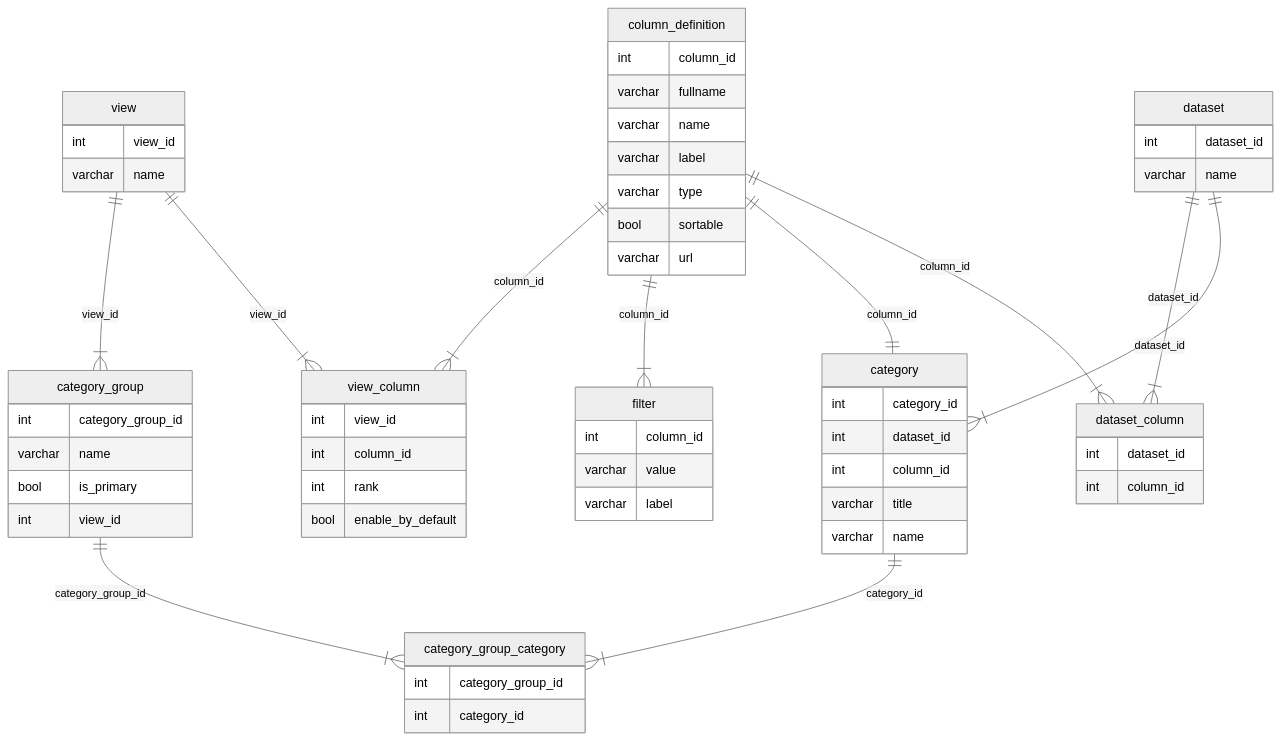
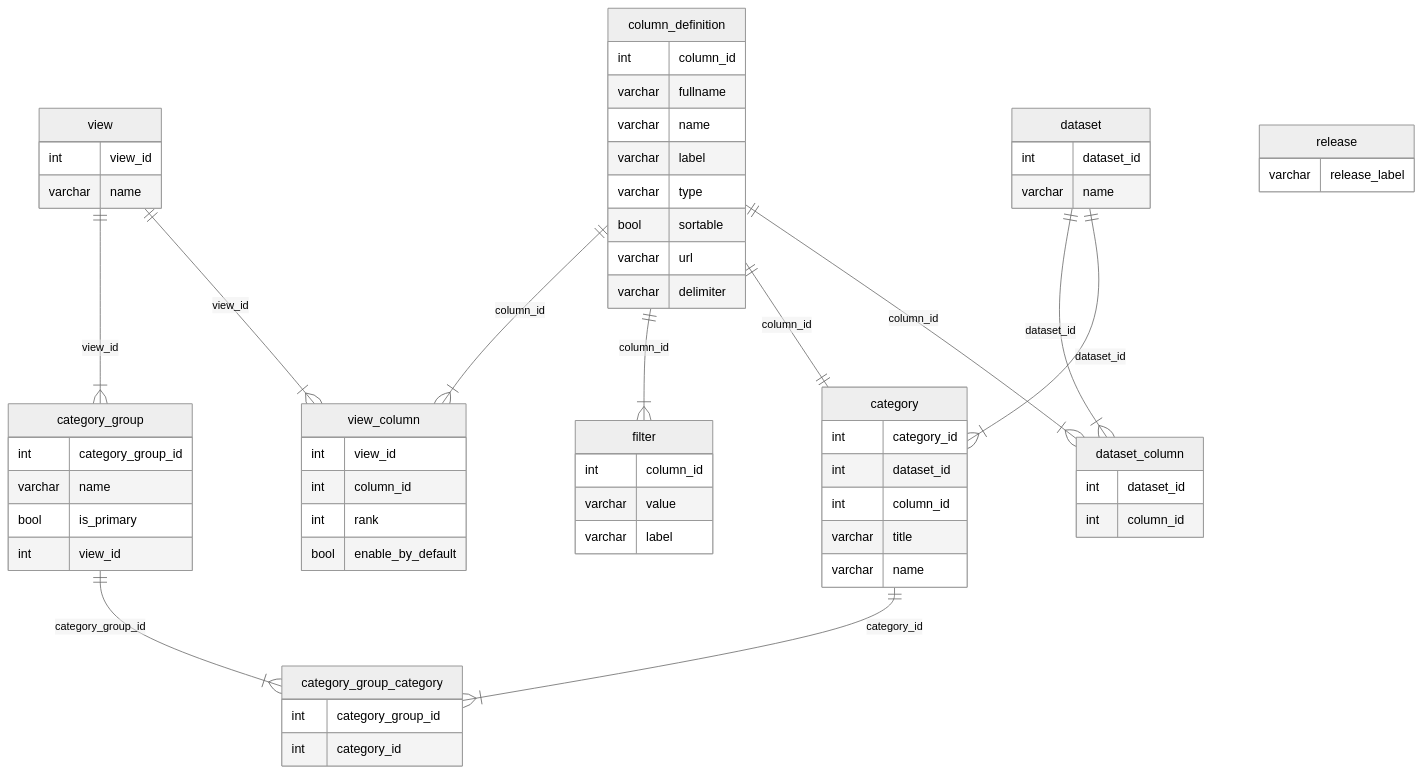
One commit to Ensembl/amr-portal changed the diagram in scripts/etl/README.md. Above: the diagram before and after it, drawn with Mermaid (neutral theme). The commit also changed 14 other files, not shown here.

````diff
--- a/scripts/etl/README.md
+++ b/scripts/etl/README.md
@@ -66,76 +66,81 @@
 ```mermaid
 erDiagram
     view {
         int view_id
         varchar name
     }
 
     view_column {
         int view_id
         int column_id
         int rank
         bool enable_by_default
     }
 
     filter {
         int column_id
         varchar value
         varchar label
     }
     
     category {
         int category_id
         int dataset_id
         int column_id
         varchar title
         varchar name
     }
 
     category_group_category {
         int category_group_id
         int category_id
     }
 
     category_group {
         int category_group_id
         varchar name
         bool is_primary
         int view_id
     }
 
     dataset {
         int dataset_id
         varchar name
     }
 
 
     column_definition {
         int column_id
         varchar fullname
         varchar name
         varchar label
         varchar type
         bool sortable
         varchar url
+        varchar delimiter
     }
 
     dataset_column {
         int dataset_id
         int column_id
+    }
+    
+    release {
+        varchar release_label
     }
 
     view ||--|{ category_group: view_id 
     view ||--|{ view_column: view_id
 
     column_definition ||--|{ view_column: column_id
     column_definition ||--|{ filter: column_id
     column_definition ||--|| category: column_id
 
     category ||--|{ category_group_category: category_id
     category_group ||--|{ category_group_category: category_group_id
 
     dataset ||--|{ dataset_column: dataset_id
     dataset ||--|{ category: dataset_id
 
     column_definition ||--|{ dataset_column: column_id
 ```
````
